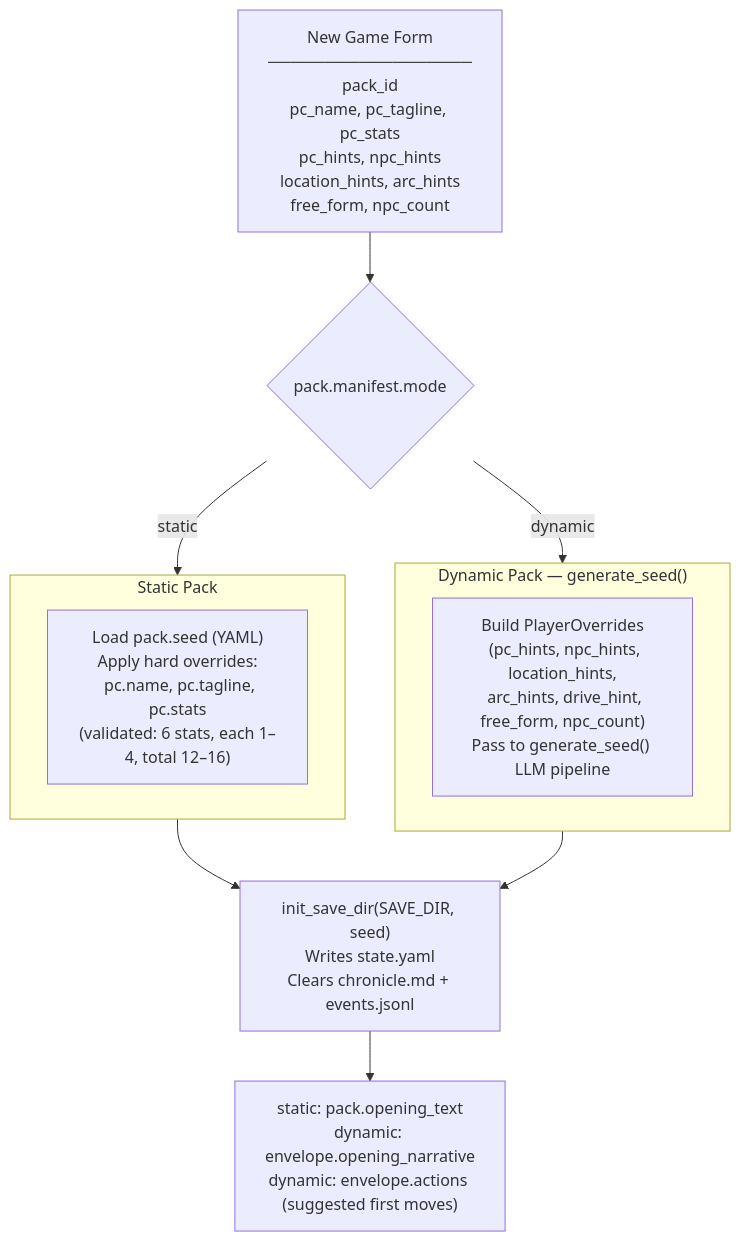
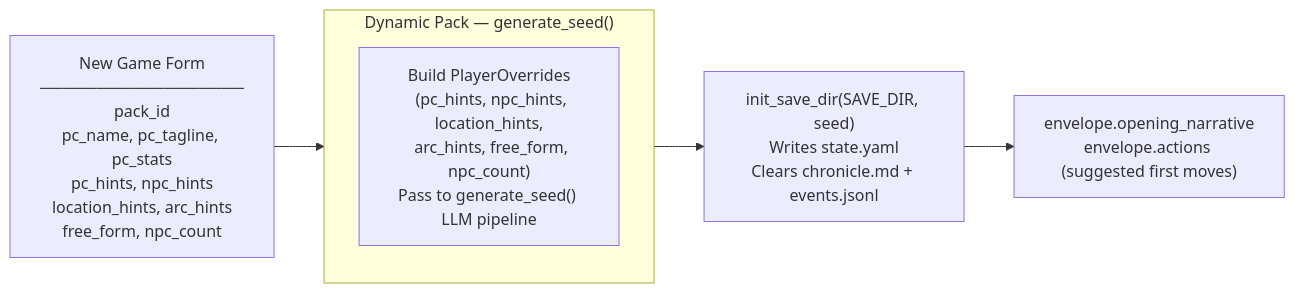
One commit to pww217/fablethread changed the first of 2 diagrams in docs/architecture/out-of-band.md. Above: the diagram before and after it, drawn with Mermaid. The commit also changed other lines of this file and 4 other files, not shown here.

First line of the commit message:
docs: fix stale references in architecture docs after arc-system refactor

````diff
--- a/docs/architecture/out-of-band.md
+++ b/docs/architecture/out-of-band.md
@@ -9,25 +9,16 @@
 ```mermaid
-flowchart TD
+flowchart LR
     FORM["New Game Form<br>──────────────────<br>pack_id<br>pc_name, pc_tagline, pc_stats<br>pc_hints, npc_hints<br>location_hints, arc_hints<br>free_form, npc_count"]
 
-    MODE{pack.manifest.mode}
-
-    subgraph STATIC["Static Pack"]
-        SS["Load pack.seed (YAML)<br>Apply hard overrides:<br>  pc.name, pc.tagline, pc.stats<br>(validated: 6 stats, each 1–4, total 12–16)"]
-    end
-
     subgraph DYNAMIC["Dynamic Pack — generate_seed()"]
-        DS["Build PlayerOverrides<br>  (pc_hints, npc_hints, location_hints,<br>  arc_hints, drive_hint, free_form, npc_count)<br>Pass to generate_seed() LLM pipeline"]
+        DS["Build PlayerOverrides<br>  (pc_hints, npc_hints, location_hints,<br>  arc_hints, free_form, npc_count)<br>Pass to generate_seed() LLM pipeline"]
     end
 
     INIT["init_save_dir(SAVE_DIR, seed)<br>Writes state.yaml<br>Clears chronicle.md + events.jsonl"]
 
-    OPENING["static: pack.opening_text<br>dynamic: envelope.opening_narrative<br>dynamic: envelope.actions (suggested first moves)"]
+    OPENING["envelope.opening_narrative<br>envelope.actions (suggested first moves)"]
 
-    FORM --> MODE
-    MODE -- "static" --> STATIC
-    MODE -- "dynamic" --> DYNAMIC
-    STATIC --> INIT
+    FORM --> DYNAMIC
     DYNAMIC --> INIT
     INIT --> OPENING
 ```
````
